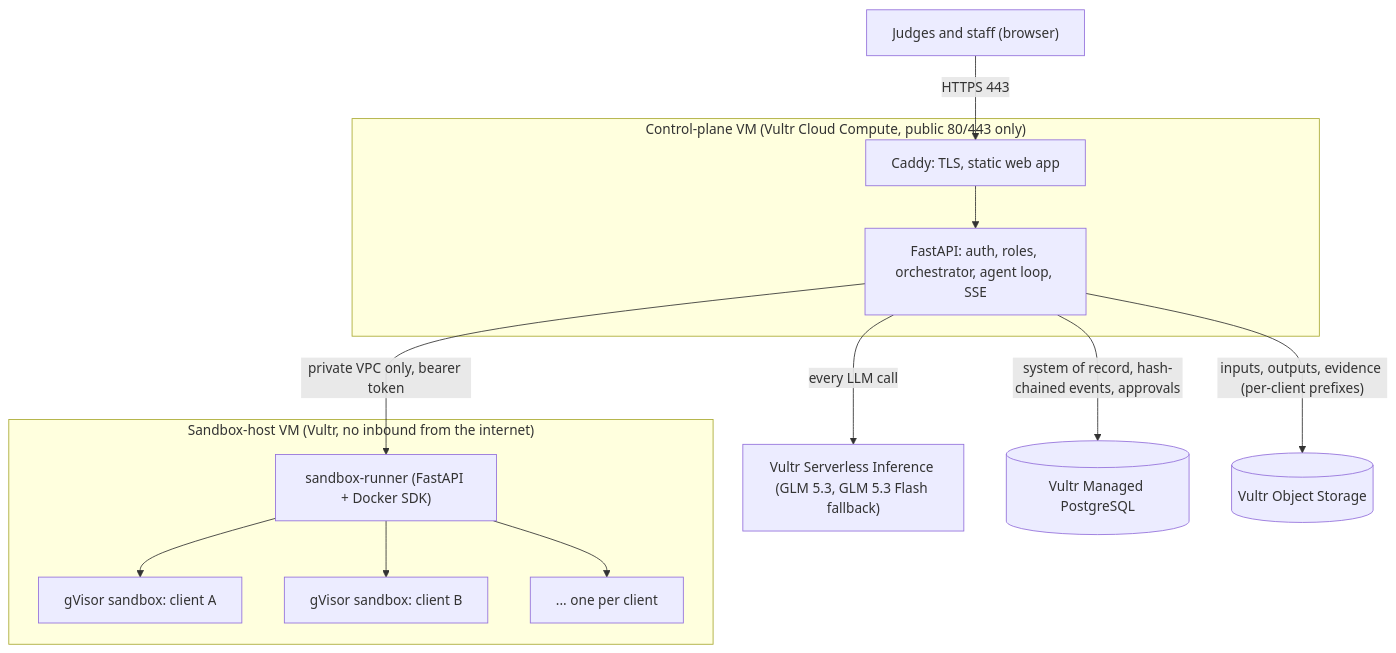
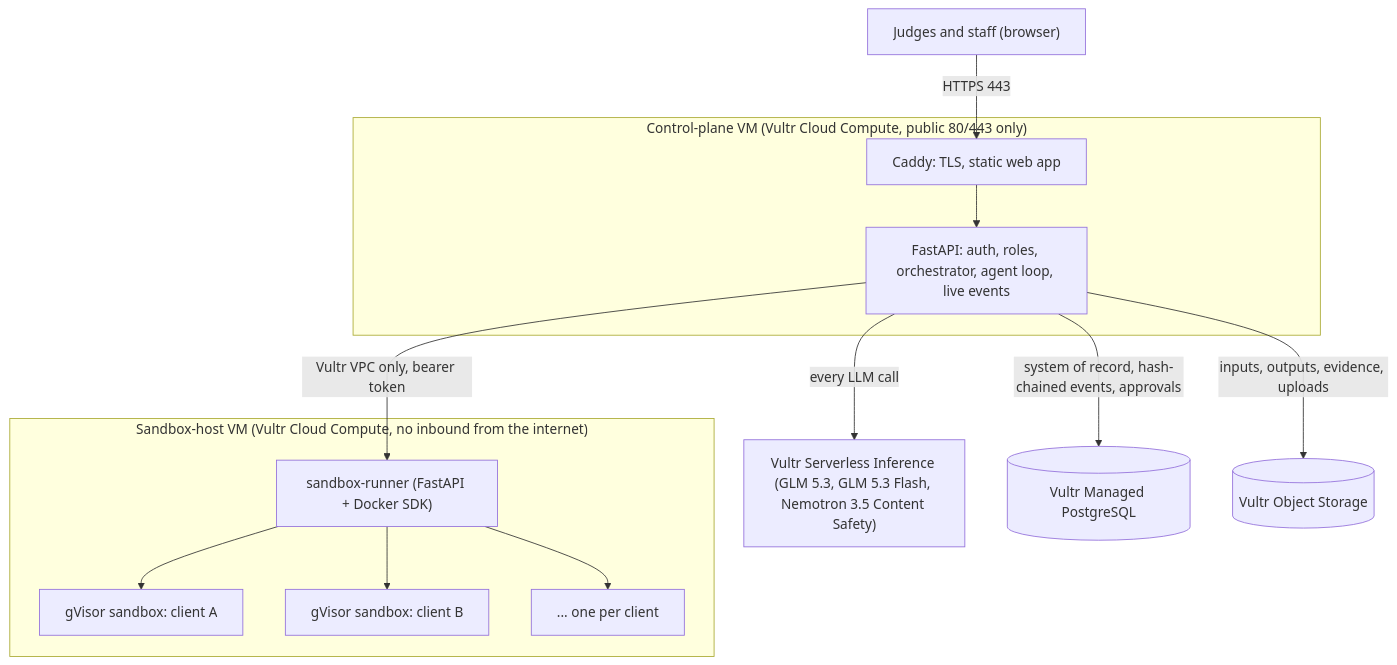
One commit to chinesepowered/hack-vultracc changed the diagram in README.md. Above: the diagram before and after it, drawn with Mermaid. The commit also changed other lines of this file and 6 other files, not shown here.

````diff
--- a/README.md
+++ b/README.md
@@ -57,16 +59,16 @@
 ```mermaid
 flowchart TB
     user["Judges and staff (browser)"] -->|"HTTPS 443"| caddy
     subgraph cp["Control-plane VM (Vultr Cloud Compute, public 80/443 only)"]
-        caddy["Caddy: TLS, static web app"] --> api["FastAPI: auth, roles, orchestrator, agent loop, SSE"]
+        caddy["Caddy: TLS, static web app"] --> api["FastAPI: auth, roles, orchestrator, agent loop, live events"]
     end
-    api -->|"every LLM call"| inf["Vultr Serverless Inference (GLM 5.3, GLM 5.3 Flash fallback)"]
+    api -->|"every LLM call"| inf["Vultr Serverless Inference (GLM 5.3, GLM 5.3 Flash, Nemotron 3.5 Content Safety)"]
     api -->|"system of record, hash-chained events, approvals"| pg[("Vultr Managed PostgreSQL")]
-    api -->|"inputs, outputs, evidence (per-client prefixes)"| s3[("Vultr Object Storage")]
-    api -->|"private VPC only, bearer token"| runner
-    subgraph sbx["Sandbox-host VM (Vultr, no inbound from the internet)"]
+    api -->|"inputs, outputs, evidence, uploads"| s3[("Vultr Object Storage")]
+    api -->|"Vultr VPC only, bearer token"| runner
+    subgraph sbx["Sandbox-host VM (Vultr Cloud Compute, no inbound from the internet)"]
         runner["sandbox-runner (FastAPI + Docker SDK)"] --> g1["gVisor sandbox: client A"]
         runner --> g2["gVisor sandbox: client B"]
         runner --> g3["... one per client"]
     end
 ```
````
